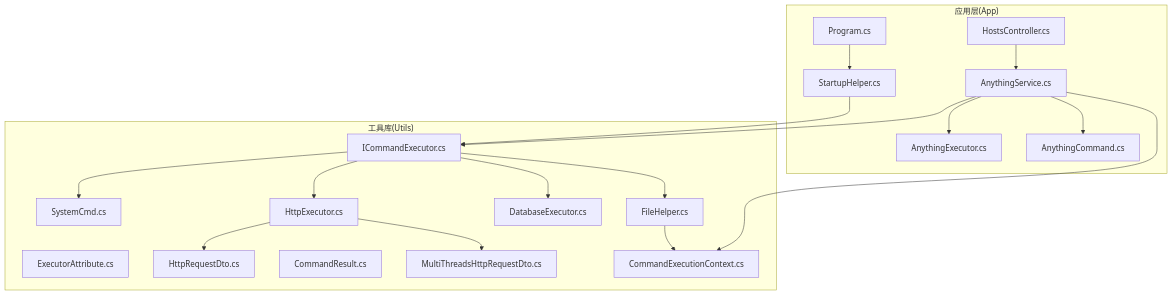
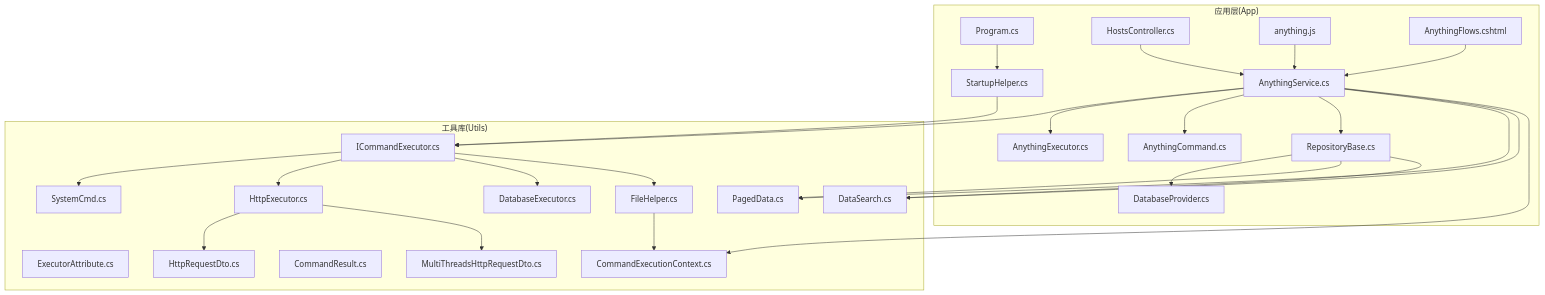
Before and after one commit to Sosososolong/AirGo: the first of 12 diagrams in .qoder/repowiki/zh/content/远程主机管理模块/命令执行器系统.md, drawn with Mermaid. The commit also changed other lines of this file and 9 other files, not shown here.

````diff
--- a/.qoder/repowiki/zh/content/远程主机管理模块/命令执行器系统.md
+++ b/.qoder/repowiki/zh/content/远程主机管理模块/命令执行器系统.md
@@ -51,37 +60,51 @@
 ```mermaid
 graph TB
 subgraph "应用层(App)"
 PC["Program.cs"]
 SH["StartupHelper.cs"]
 HC["HostsController.cs"]
 AS["AnythingService.cs"]
 AE["AnythingExecutor.cs"]
 AC["AnythingCommand.cs"]
+RB["RepositoryBase.cs"]
+DP["DatabaseProvider.cs"]
+AJ["anything.js"]
+AF["AnythingFlows.cshtml"]
 end
 subgraph "工具库(Utils)"
 IEC["ICommandExecutor.cs"]
 EXA["ExecutorAttribute.cs"]
 SYS["SystemCmd.cs"]
 HTTP["HttpExecutor.cs"]
 DBE["DatabaseExecutor.cs"]
 FHE["FileHelper.cs"]
 CEC["CommandExecutionContext.cs"]
 CR["CommandResult.cs"]
 HREQ["HttpRequestDto.cs"]
 MREQ["MultiThreadsHttpRequestDto.cs"]
+PD["PagedData.cs"]
+DS["DataSearch.cs"]
 end
 PC --> SH
 SH --> IEC
 IEC --> SYS
 IEC --> HTTP
 IEC --> DBE
 IEC --> FHE
 AS --> IEC
 AS --> AE
 AS --> AC
+AS --> RB
+AS --> PD
+AS --> DS
 AS --> CEC
 HC --> AS
 HTTP --> HREQ
 HTTP --> MREQ
 FHE --> CEC
+RB --> DP
+RB --> PD
+RB --> DS
+AJ --> AS
+AF --> AS
 ```
````
